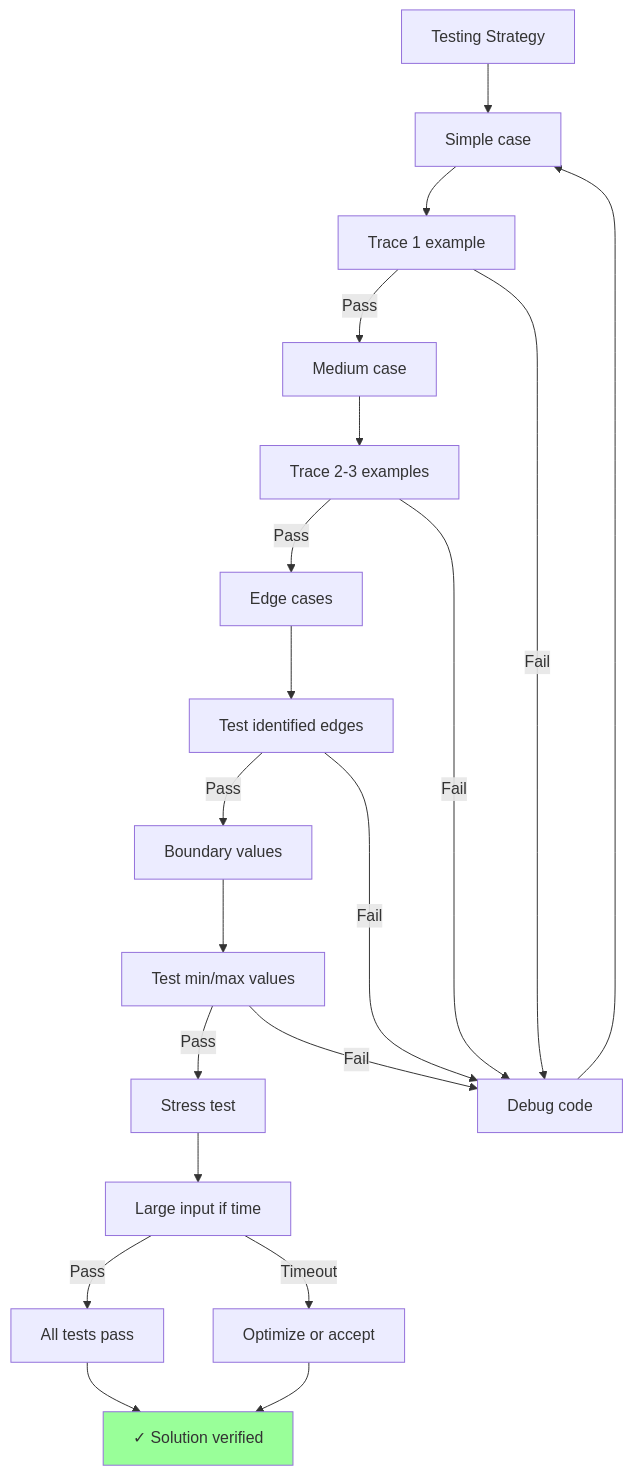
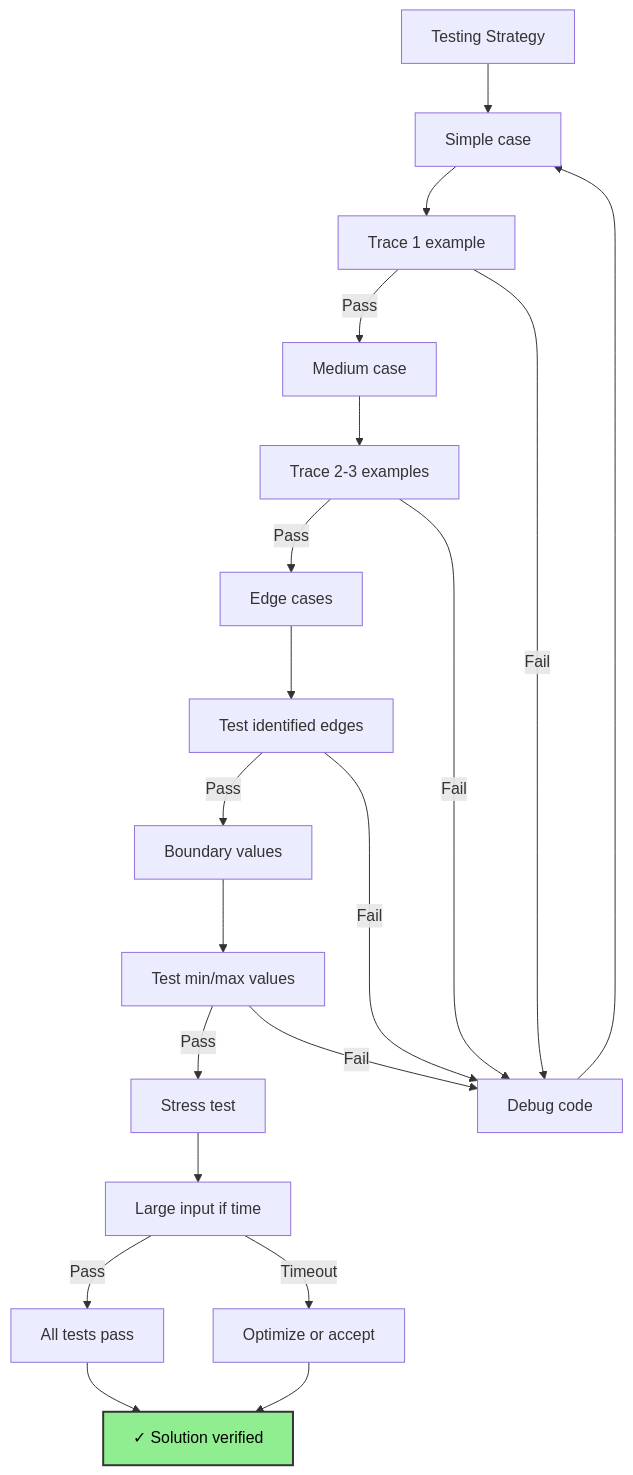
Before and after one commit to souradeepta/interviewprep: the fourth of 7 diagrams in docs/guides/problem_solving_flowchart.md, drawn with Mermaid. The commit also changed other lines of this file and 31 other files, not shown here.

Commit message:
updated graphs

````diff
--- a/docs/guides/problem_solving_flowchart.md
+++ b/docs/guides/problem_solving_flowchart.md
@@ -207,30 +207,30 @@
 ```mermaid
 graph TD
     A["Testing Strategy"] --> B["Simple case"]
     
     B --> C["Trace 1 example"]
     C -->|Pass| D["Medium case"]
     C -->|Fail| E["Debug code"]
     E --> B
     
     D --> F["Trace 2-3 examples"]
     F -->|Pass| G["Edge cases"]
     F -->|Fail| E
     
     G --> H["Test identified edges"]
     H -->|Pass| I["Boundary values"]
     H -->|Fail| E
     
     I --> J["Test min/max values"]
     J -->|Pass| K["Stress test"]
     J -->|Fail| E
     
     K --> L["Large input if time"]
     L -->|Pass| M["All tests pass"]
     L -->|Timeout| N["Optimize or accept"]
     
     M --> O["✓ Solution verified"]
     N --> O
     
-    style O fill:#99ff99
+    style O fill:#90ee90,color:#000,stroke:#333,stroke-width:2px
 ```
````
